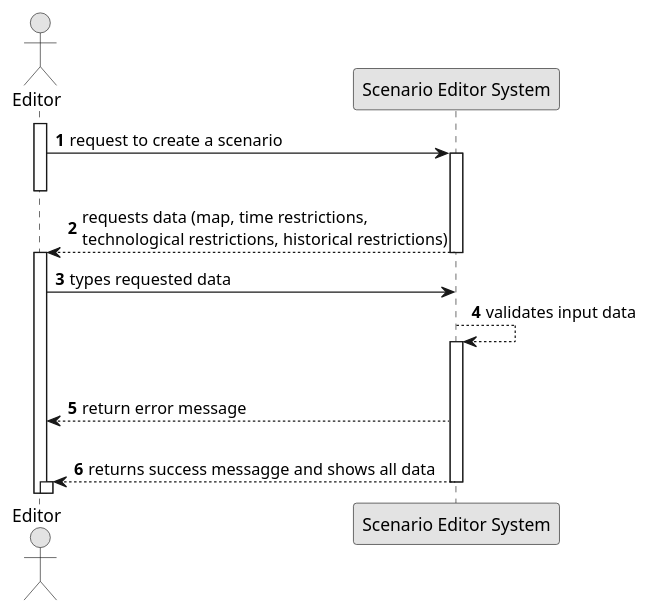
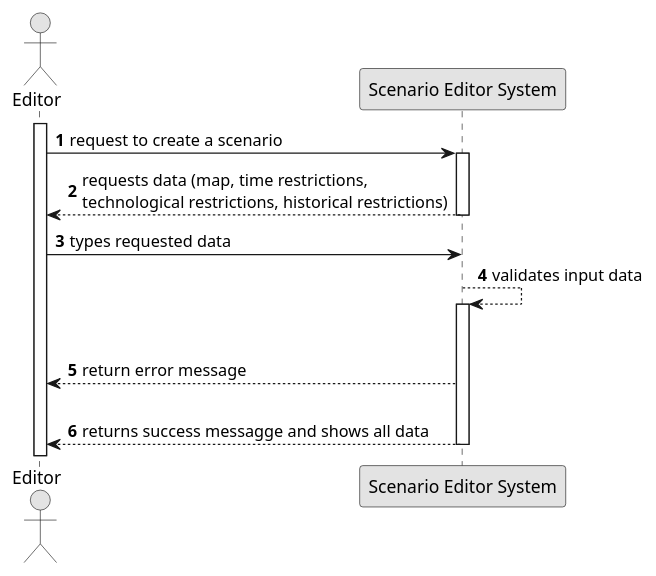
The diagram in docs/sprint1/us004/01.requirements-engineering/puml/us004-system-sequence-diagram.puml (ivasduarte/all-aboard), drawn with PlantUML before and after one commit. The commit also changed 15 other files, not shown here.

```diff
--- a/docs/sprint1/us004/01.requirements-engineering/puml/us004-system-sequence-diagram.puml
+++ b/docs/sprint1/us004/01.requirements-engineering/puml/us004-system-sequence-diagram.puml
@@ -1,32 +1,29 @@
 @startuml
 skinparam monochrome true
 skinparam packageStyle rectangle
 skinparam shadowing false
 
 autonumber
 
 actor "Editor" as Editor
 participant "Scenario Editor System" as System
 
 activate Editor
 
     Editor -> System : request to create a scenario
     activate System
-    deactivate Editor
 
     System --> Editor : requests data (map, time restrictions, \ntechnological restrictions, historical restrictions)
     deactivate System
-    activate Editor
 
     Editor -> System : types requested data
     System --> System: validates input data
     activate System
 
     alt If validation fails
         System --> Editor: return error message
     else If validation succeeds
         System --> Editor : returns success messagge and shows all data
     deactivate System
-    activate Editor
 
 @enduml
```
